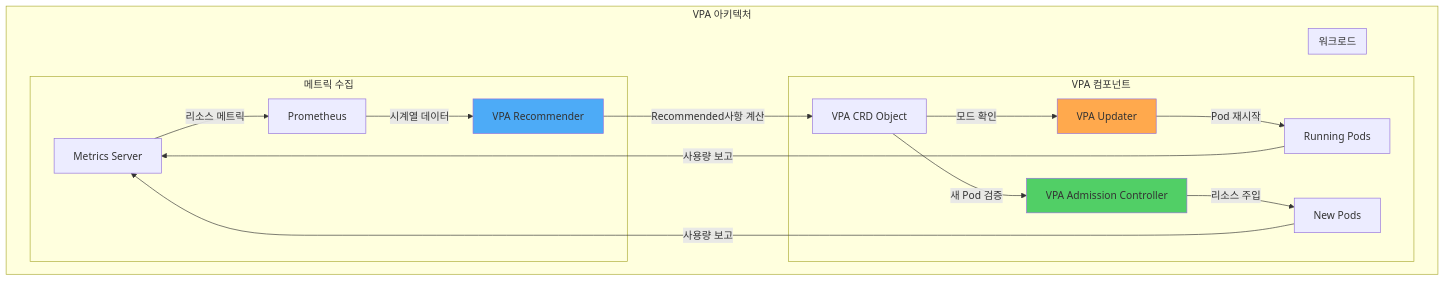
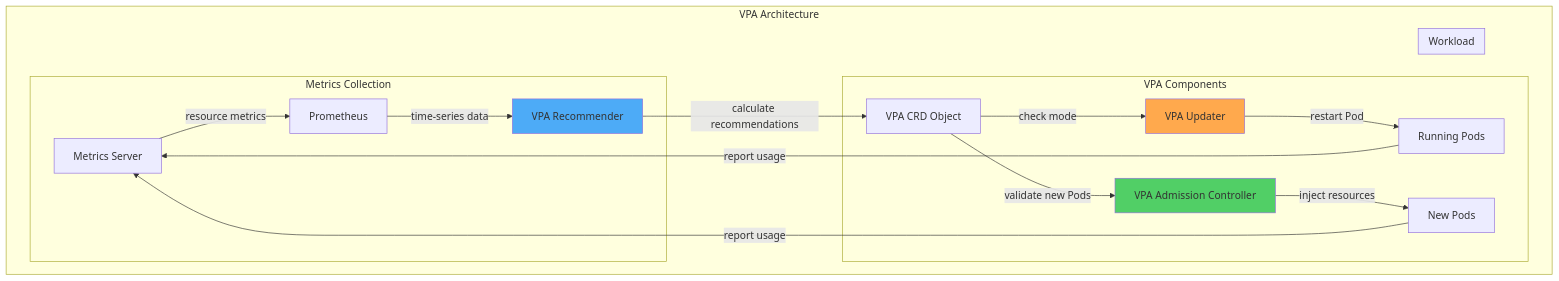
Before and after one commit to devfloor9/engineering-playbook: the fifth of 16 diagrams in i18n/en/docusaurus-plugin-content-docs/current/eks-best-practices/resource-cost/eks-resource-optimization.md, drawn with Mermaid. The commit also changed other lines of this file, not shown here.

Commit message:
docs(i18n/en): complete eks-resource-optimization.md translation (1356 Korean lines)

````diff
--- a/i18n/en/docusaurus-plugin-content-docs/current/eks-best-practices/resource-cost/eks-resource-optimization.md
+++ b/i18n/en/docusaurus-plugin-content-docs/current/eks-best-practices/resource-cost/eks-resource-optimization.md
@@ -1113,27 +1113,27 @@
 ```mermaid
 graph TB
-    subgraph "VPA 아키텍처"
-        subgraph "메트릭 수집"
-            MS[Metrics Server] -->|리소스 메트릭| PROM[Prometheus]
-            PROM -->|시계열 데이터| REC[VPA Recommender]
+    subgraph "VPA Architecture"
+        subgraph "Metrics Collection"
+            MS[Metrics Server] -->|resource metrics| PROM[Prometheus]
+            PROM -->|time-series data| REC[VPA Recommender]
         end
 
-        subgraph "VPA 컴포넌트"
-            REC -->|Recommended사항 계산| VPA_OBJ[VPA CRD Object]
-            VPA_OBJ -->|모드 확인| UPD[VPA Updater]
-            VPA_OBJ -->|새 Pod 검증| ADM[VPA Admission Controller]
+        subgraph "VPA Components"
+            REC -->|calculate recommendations| VPA_OBJ[VPA CRD Object]
+            VPA_OBJ -->|check mode| UPD[VPA Updater]
+            VPA_OBJ -->|validate new Pods| ADM[VPA Admission Controller]
 
-            UPD -->|Pod 재시작| POD[Running Pods]
-            ADM -->|리소스 주입| NEW_POD[New Pods]
+            UPD -->|restart Pod| POD[Running Pods]
+            ADM -->|inject resources| NEW_POD[New Pods]
         end
 
-        subgraph "워크로드"
-            POD -->|사용량 보고| MS
-            NEW_POD -->|사용량 보고| MS
+        subgraph "Workload"
+            POD -->|report usage| MS
+            NEW_POD -->|report usage| MS
         end
     end
 
     style REC fill:#4dabf7
     style UPD fill:#ffa94d
     style ADM fill:#51cf66
 ```
````
